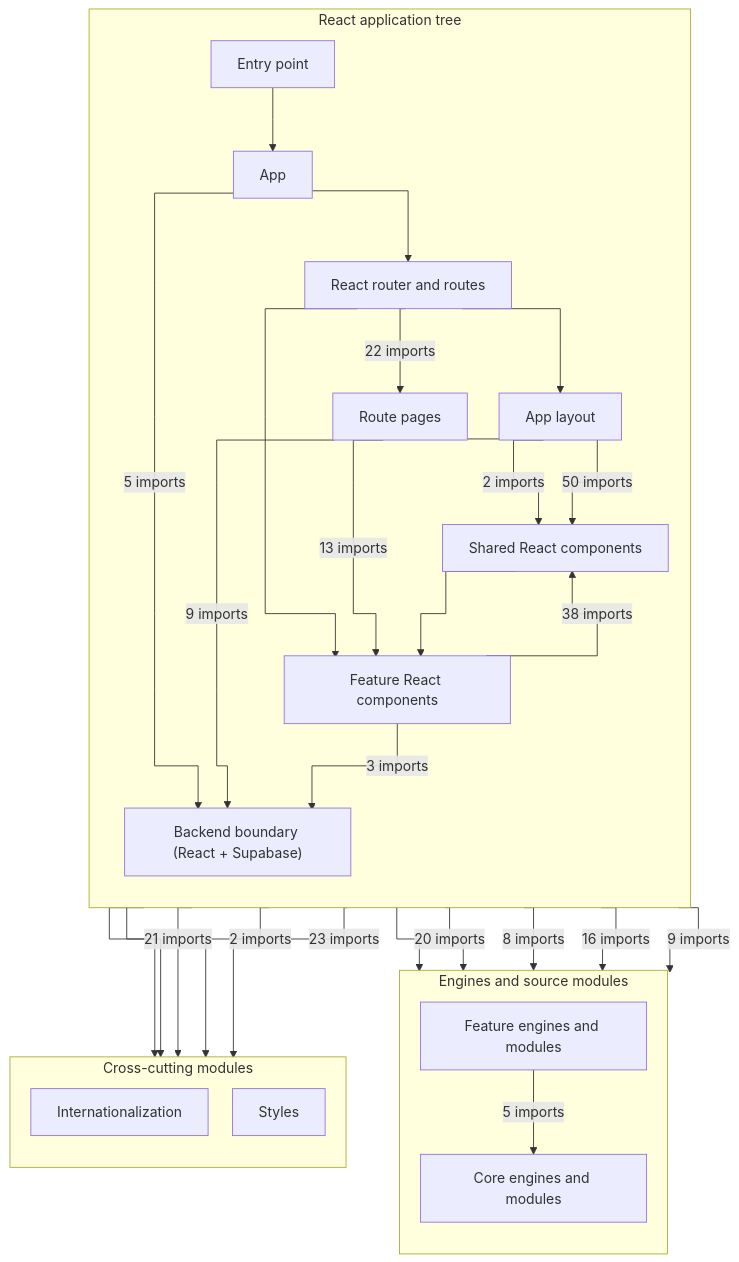
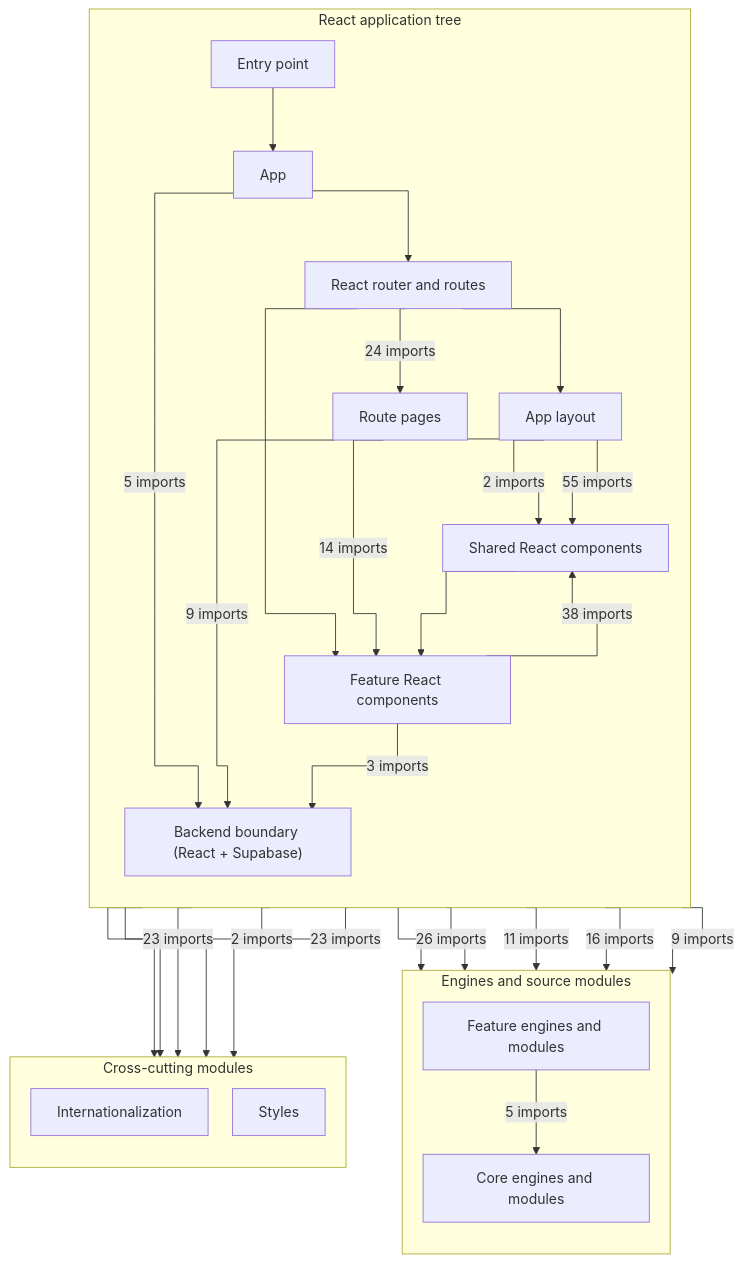
The first of 9 diagrams in docs/dependency-graph.md (temsahak-rgb/Dino-5monde), drawn with Mermaid before and after one commit. The commit also changed other lines of this file and 22 other files, not shown here.

````diff
--- a/docs/dependency-graph.md
+++ b/docs/dependency-graph.md
@@ -12,49 +12,49 @@
 ```mermaid
 %%{init: {"flowchart": {"curve": "stepAfter", "nodeSpacing": 28, "rankSpacing": 48}}}%%
 flowchart TB
     subgraph R["React application tree"]
         direction TB
         G0["Entry point"]
         G1["App"]
         G2["Backend boundary (React + Supabase)"]
         G3["React router and routes"]
         G4["App layout"]
         G5["Route pages"]
         G6["Shared React components"]
         G7["Feature React components"]
     end
     subgraph L["Engines and source modules"]
         direction TB
         G8["Feature engines and modules"]
         G9["Core engines and modules"]
     end
     subgraph C["Cross-cutting modules"]
         direction TB
         G10["Internationalization"]
         G12["Styles"]
     end
     G0 --> G1
     G0 --> G12
     G1 -->|5 imports| G2
     G1 --> G3
     G1 --> G10
     G3 --> G4
-    G3 -->|22 imports| G5
+    G3 -->|24 imports| G5
     G3 --> G7
     G3 --> G9
     G4 -->|2 imports| G6
     G5 -->|9 imports| G2
-    G5 -->|50 imports| G6
-    G5 -->|13 imports| G7
-    G5 -->|20 imports| G8
-    G5 -->|8 imports| G9
-    G5 -->|21 imports| G10
+    G5 -->|55 imports| G6
+    G5 -->|14 imports| G7
+    G5 -->|26 imports| G8
+    G5 -->|11 imports| G9
+    G5 -->|23 imports| G10
     G6 --> G7
     G6 -->|2 imports| G10
     G7 -->|3 imports| G2
     G7 -->|38 imports| G6
     G7 -->|16 imports| G8
     G7 -->|9 imports| G9
     G7 -->|23 imports| G10
     G8 -->|5 imports| G9
 ```
````
